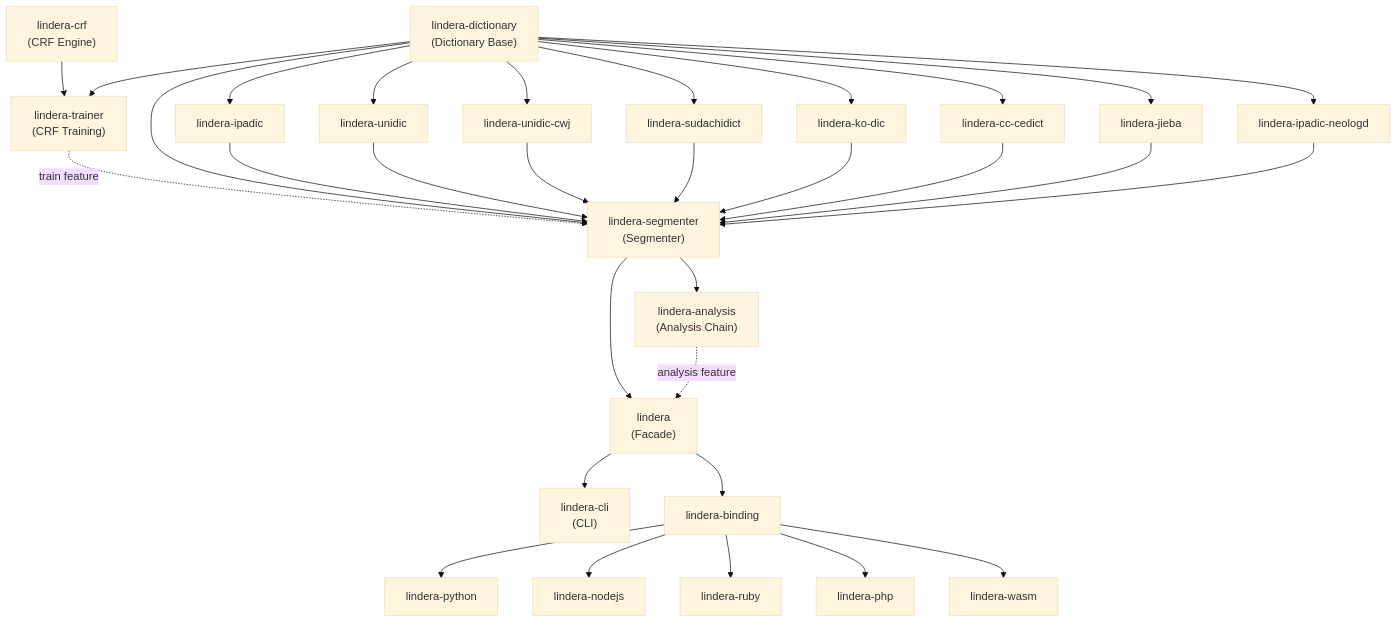
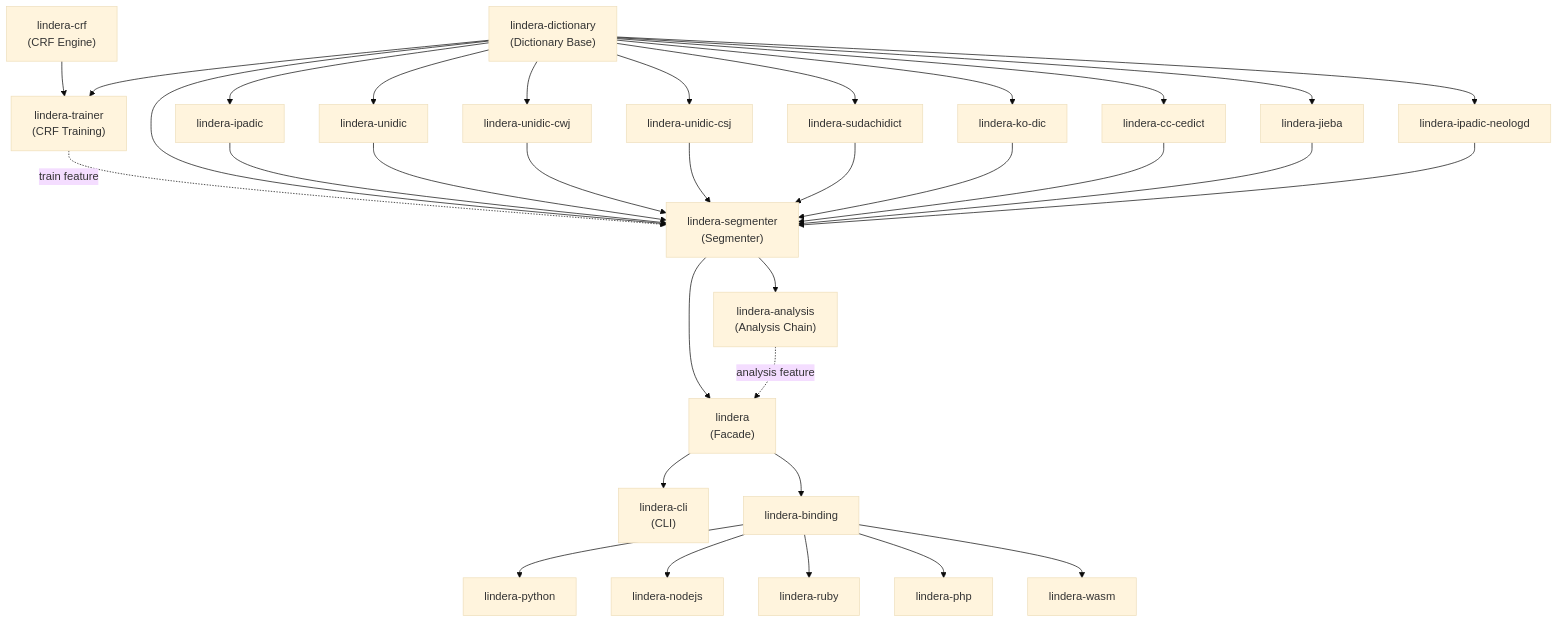
Before and after one commit to lindera/lindera: the diagram in docs/ja/src/architecture.md, drawn with Mermaid (base theme). The commit also changed other lines of this file and 77 other files, not shown here.

````diff
--- a/docs/ja/src/architecture.md
+++ b/docs/ja/src/architecture.md
@@ -7,55 +7,58 @@
 ```mermaid
 graph TB
     CRF["lindera-crf\n(CRF Engine)"]
     DICT["lindera-dictionary\n(Dictionary Base)"]
     TRAINER["lindera-trainer\n(CRF Training)"]
     IPADIC["lindera-ipadic"]
     UNIDIC["lindera-unidic"]
     UNIDICCWJ["lindera-unidic-cwj"]
+    UNIDICCSJ["lindera-unidic-csj"]
     SUDACHIDICT["lindera-sudachidict"]
     KODIC["lindera-ko-dic"]
     CCCEDICT["lindera-cc-cedict"]
     JIEBA["lindera-jieba"]
     NEOLOGD["lindera-ipadic-neologd"]
     SEGMENTER["lindera-segmenter\n(Segmenter)"]
     ANALYSIS["lindera-analysis\n(Analysis Chain)"]
     LIB["lindera\n(Facade)"]
     CLI["lindera-cli\n(CLI)"]
     BINDING["lindera-binding"]
     PY["lindera-python"]
     NODEJS["lindera-nodejs"]
     RUBY["lindera-ruby"]
     PHP["lindera-php"]
     WASM["lindera-wasm"]
 
     CRF --> TRAINER
     DICT --> TRAINER
     TRAINER -.->|"train feature"| SEGMENTER
     DICT --> IPADIC
     DICT --> UNIDIC
     DICT --> UNIDICCWJ
+    DICT --> UNIDICCSJ
     DICT --> SUDACHIDICT
     DICT --> KODIC
     DICT --> CCCEDICT
     DICT --> JIEBA
     DICT --> NEOLOGD
     DICT --> SEGMENTER
     IPADIC --> SEGMENTER
     UNIDIC --> SEGMENTER
     UNIDICCWJ --> SEGMENTER
+    UNIDICCSJ --> SEGMENTER
     SUDACHIDICT --> SEGMENTER
     KODIC --> SEGMENTER
     CCCEDICT --> SEGMENTER
     JIEBA --> SEGMENTER
     NEOLOGD --> SEGMENTER
     SEGMENTER --> ANALYSIS
     SEGMENTER --> LIB
     ANALYSIS -.->|"analysis feature"| LIB
     LIB --> CLI
     LIB --> BINDING
     BINDING --> PY
     BINDING --> NODEJS
     BINDING --> RUBY
     BINDING --> PHP
     BINDING --> WASM
 ```
````
